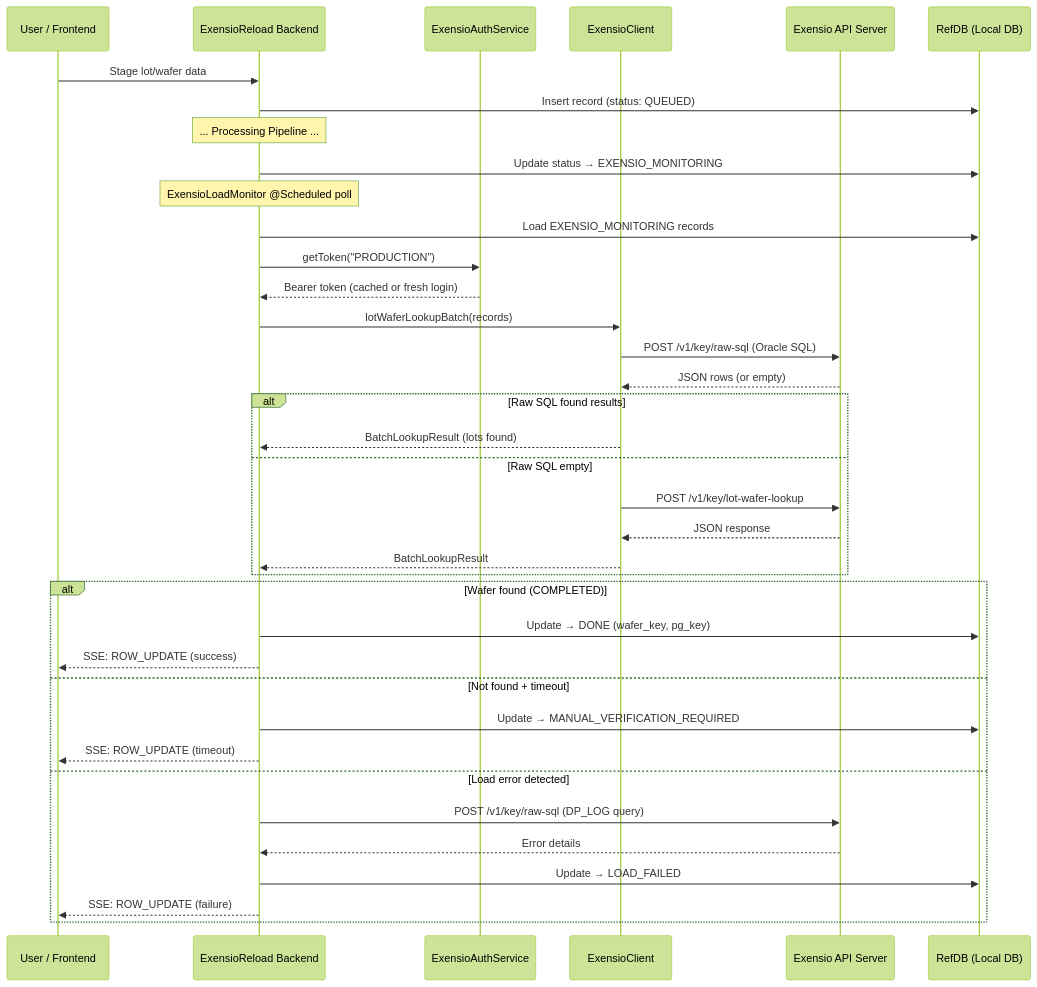
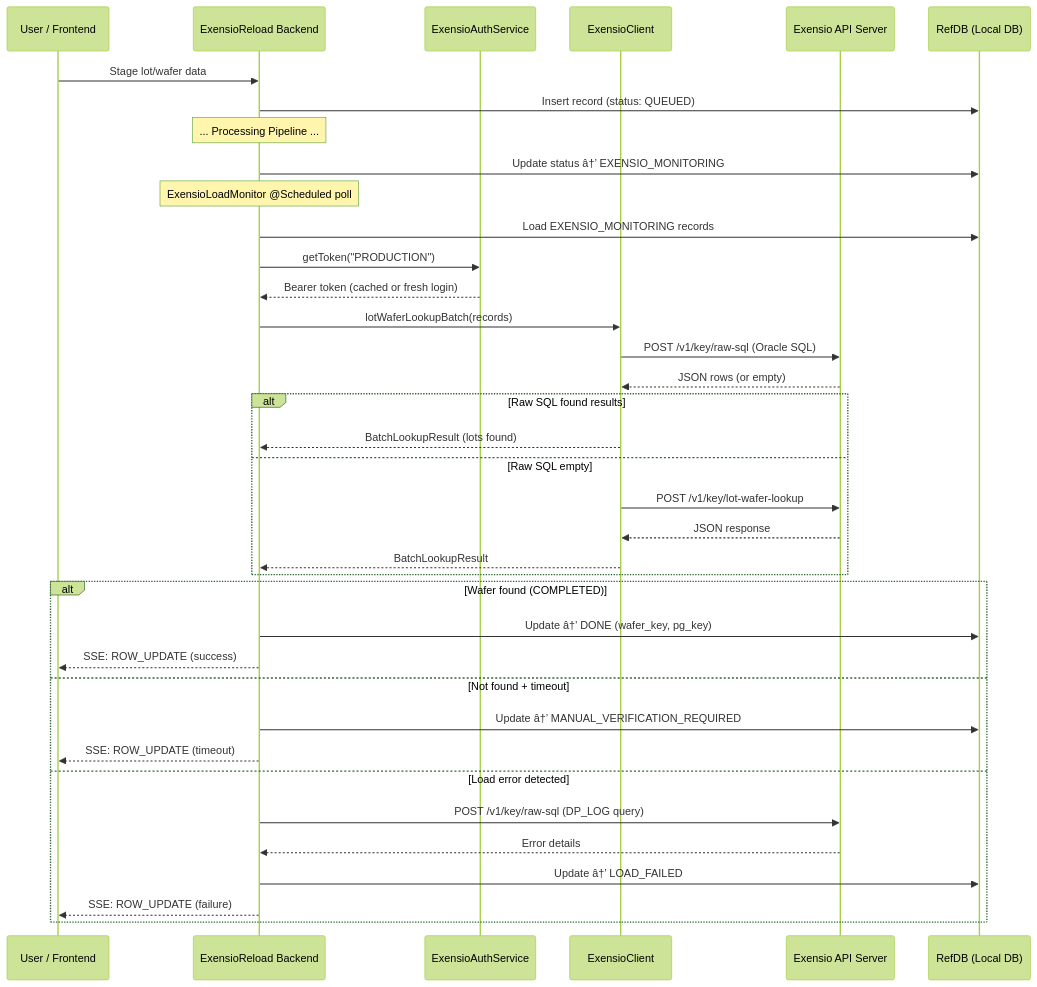
One commit to ejkorg/exensioreload changed the seventh of 8 diagrams in docs/EXENSIO_API_DOCUMENTATION.md. Above: the diagram before and after it, drawn with Mermaid (forest theme). The commit also changed other lines of this file and 21 other files, not shown here.

````diff
--- a/docs/EXENSIO_API_DOCUMENTATION.md
+++ b/docs/EXENSIO_API_DOCUMENTATION.md
@@ -858,48 +858,48 @@
 ```mermaid
 sequenceDiagram
     participant User as User / Frontend
     participant Backend as ExensioReload Backend
     participant Auth as ExensioAuthService
     participant Client as ExensioClient
     participant API as Exensio API Server
     participant DB as RefDB (Local DB)
 
     User->>Backend: Stage lot/wafer data
     Backend->>DB: Insert record (status: QUEUED)
 
     Note over Backend: ... Processing Pipeline ...
 
-    Backend->>DB: Update status → EXENSIO_MONITORING
+    Backend->>DB: Update status â†’ EXENSIO_MONITORING
 
     Note over Backend: ExensioLoadMonitor @Scheduled poll
 
     Backend->>DB: Load EXENSIO_MONITORING records
     Backend->>Auth: getToken("PRODUCTION")
     Auth-->>Backend: Bearer token (cached or fresh login)
 
     Backend->>Client: lotWaferLookupBatch(records)
 
     Client->>API: POST /v1/key/raw-sql (Oracle SQL)
     API-->>Client: JSON rows (or empty)
 
     alt Raw SQL found results
         Client-->>Backend: BatchLookupResult (lots found)
     else Raw SQL empty
         Client->>API: POST /v1/key/lot-wafer-lookup
         API-->>Client: JSON response
         Client-->>Backend: BatchLookupResult
     end
 
     alt Wafer found (COMPLETED)
-        Backend->>DB: Update → DONE (wafer_key, pg_key)
+        Backend->>DB: Update â†’ DONE (wafer_key, pg_key)
         Backend-->>User: SSE: ROW_UPDATE (success)
     else Not found + timeout
-        Backend->>DB: Update → MANUAL_VERIFICATION_REQUIRED
+        Backend->>DB: Update â†’ MANUAL_VERIFICATION_REQUIRED
         Backend-->>User: SSE: ROW_UPDATE (timeout)
     else Load error detected
         Backend->>API: POST /v1/key/raw-sql (DP_LOG query)
         API-->>Backend: Error details
-        Backend->>DB: Update → LOAD_FAILED
+        Backend->>DB: Update â†’ LOAD_FAILED
         Backend-->>User: SSE: ROW_UPDATE (failure)
     end
 ```
````
